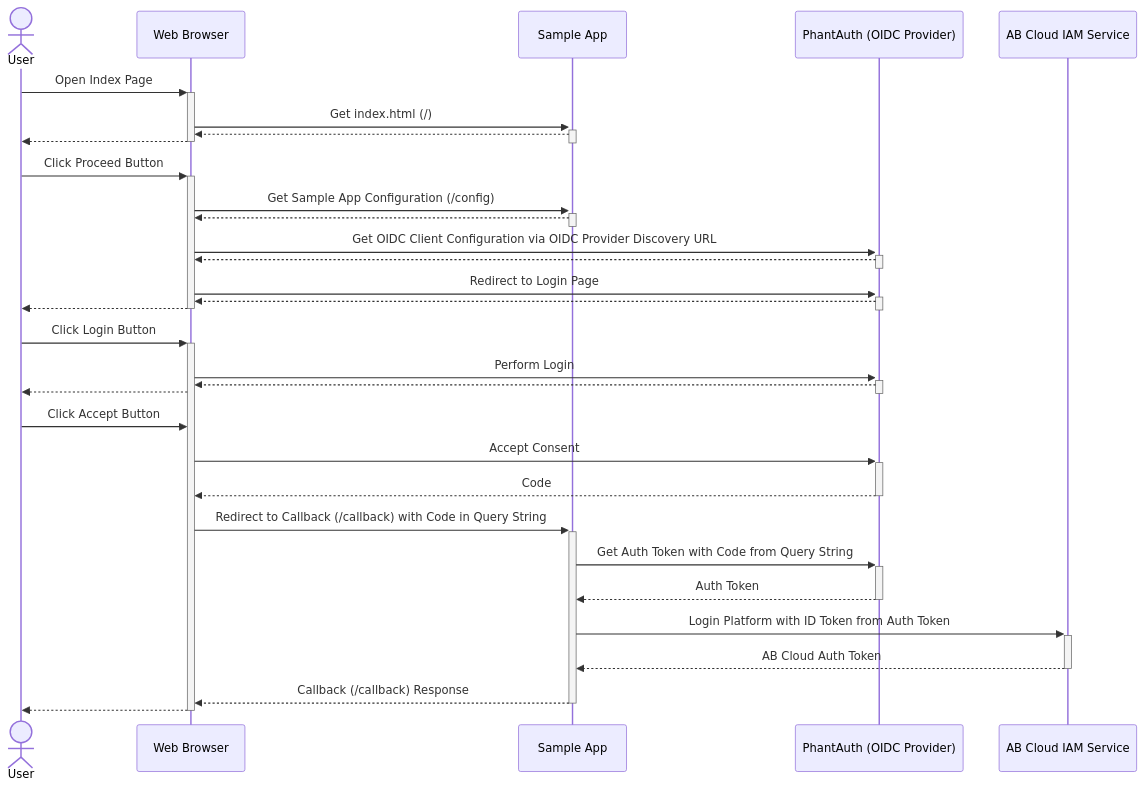
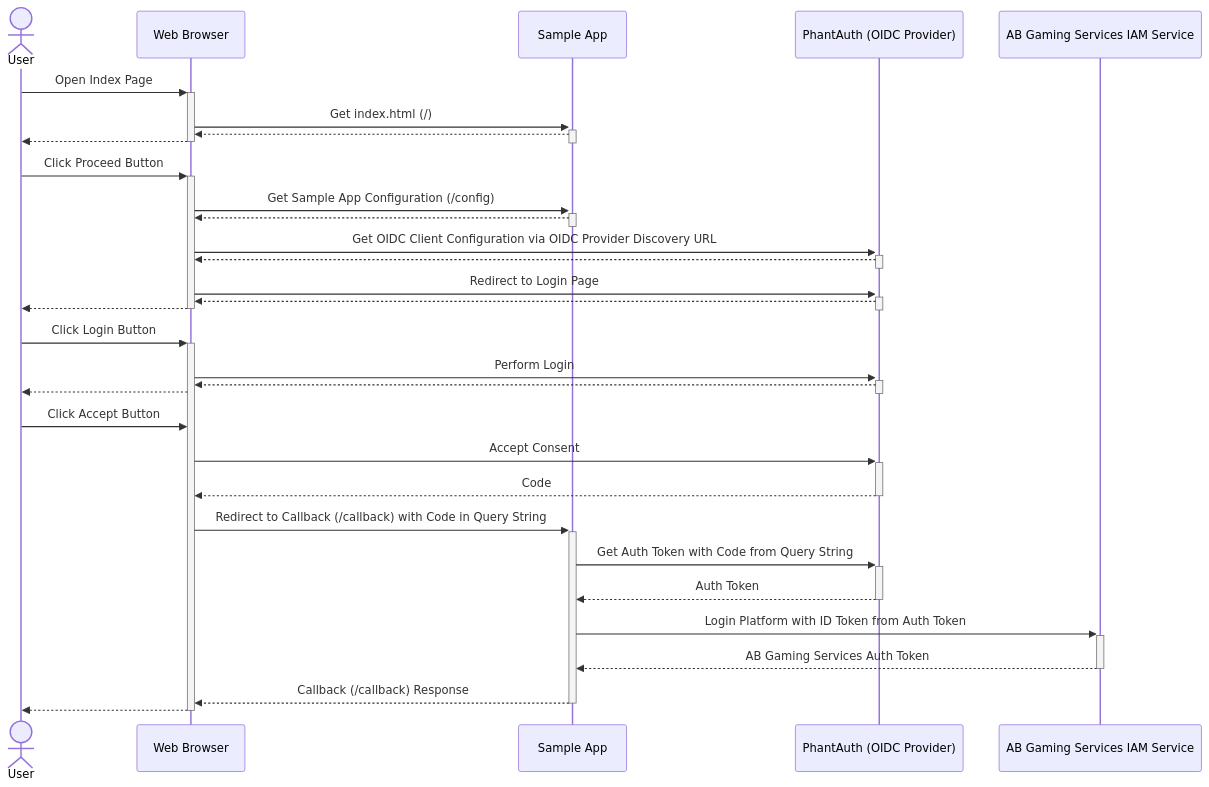
The diagram in docs/samples/oidc.md (AccelByte/accelbyte-java-sdk), drawn with Mermaid before and after one commit. The commit also changed other lines of this file and 14 other files, not shown here.

Commit message:
chore(docs): rename ab gaming services, extend sdk

````diff
--- a/docs/samples/oidc.md
+++ b/docs/samples/oidc.md
@@ -25,38 +25,38 @@
 ```mermaid
 sequenceDiagram
     Actor U as User
     participant B as Web Browser
     participant S as Sample App
     participant P as PhantAuth (OIDC Provider)
-    participant I as AB Cloud IAM Service
+    participant I as AB Gaming Services IAM Service
 
     U ->>+ B: Open Index Page
     B ->>+ S: Get index.html (/)
     S -->>- B: 
     B -->>- U: 
 
     U ->>+ B: Click Proceed Button
     B ->>+ S: Get Sample App Configuration (/config)
     S -->>- B:   
     B ->>+ P: Get OIDC Client Configuration via OIDC Provider Discovery URL
     P -->>- B:   
     B ->>+ P: Redirect to Login Page
     P -->>- B: 
     B -->>- U: 
     
     U ->>+ B: Click Login Button
     B ->>+ P: Perform Login
     P -->>- B:  
     B -->> U: 
 
     U ->> B: Click Accept Button
     B ->>+ P: Accept Consent
     P -->>- B: Code
     B ->>+ S: Redirect to Callback (/callback) with Code in Query String
     S ->>+ P: Get Auth Token with Code from Query String
     P -->>- S: Auth Token
     S ->>+ I: Login Platform with ID Token from Auth Token
-    I -->>- S: AB Cloud Auth Token
+    I -->>- S: AB Gaming Services Auth Token
     S -->>- B: Callback (/callback) Response
     B -->>- U: 
 ```
````
